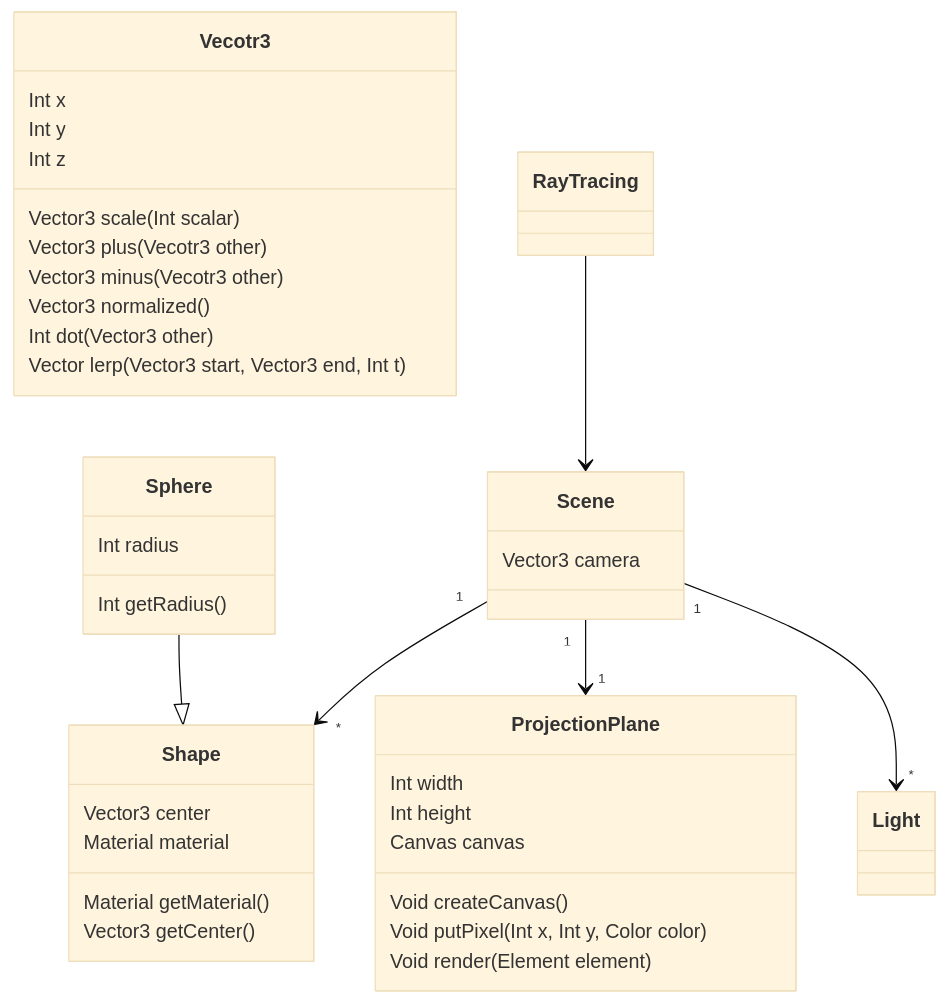
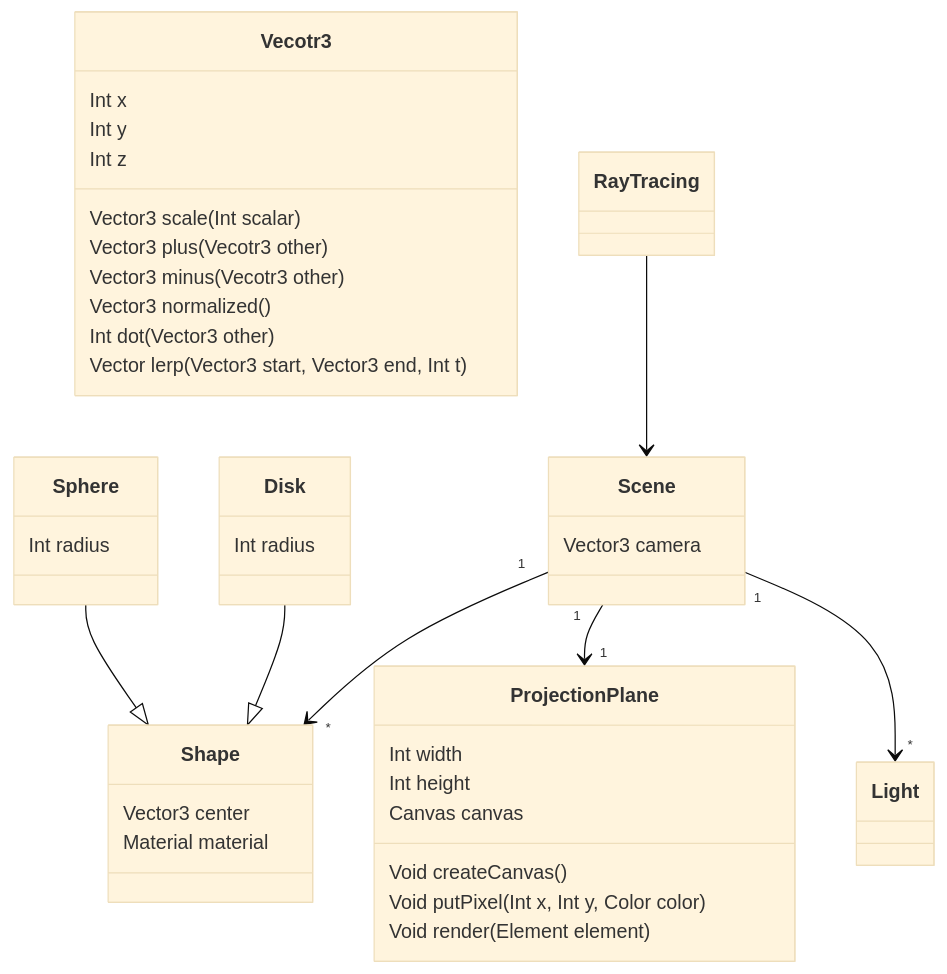
Before and after one commit to idris-aitmoulay/tiny-3d-renderer: the diagram in README.md, drawn with Mermaid (base theme). The commit also changed other lines of this file and 19 other files, not shown here.

````diff
--- a/README.md
+++ b/README.md
@@ -2,45 +24,47 @@
 ```mermaid
 classDiagram
     class Vecotr3 {
         Int x
         Int y
         Int z
         Vector3 scale(Int scalar)
         Vector3 plus(Vecotr3 other)
         Vector3 minus(Vecotr3 other)
         Vector3 normalized()
         Int dot(Vector3 other)
         Vector lerp(Vector3 start, Vector3 end, Int t)
     }
 
     class Shape {
         Vector3 center
         Material material
-        Material getMaterial()
-        Vector3 getCenter()
     }
     
     class Sphere {
         Int radius
-        Int getRadius()
+    }
+    
+    class Disk {
+        Int radius
     }
 
     class Scene {
         Vector3 camera
     }
 
     class ProjectionPlane {
         Int width
         Int height
         Canvas canvas
         Void createCanvas()
         Void putPixel(Int x, Int y, Color color)
         Void render(Element element)
     }
     
     RayTracing --> Scene
     Scene "1" --> "*" Shape
     Scene "1" --> "1" ProjectionPlane
     Scene "1" --> "*" Light
     Sphere --|> Shape
+    Disk --|> Shape
 ```
````
